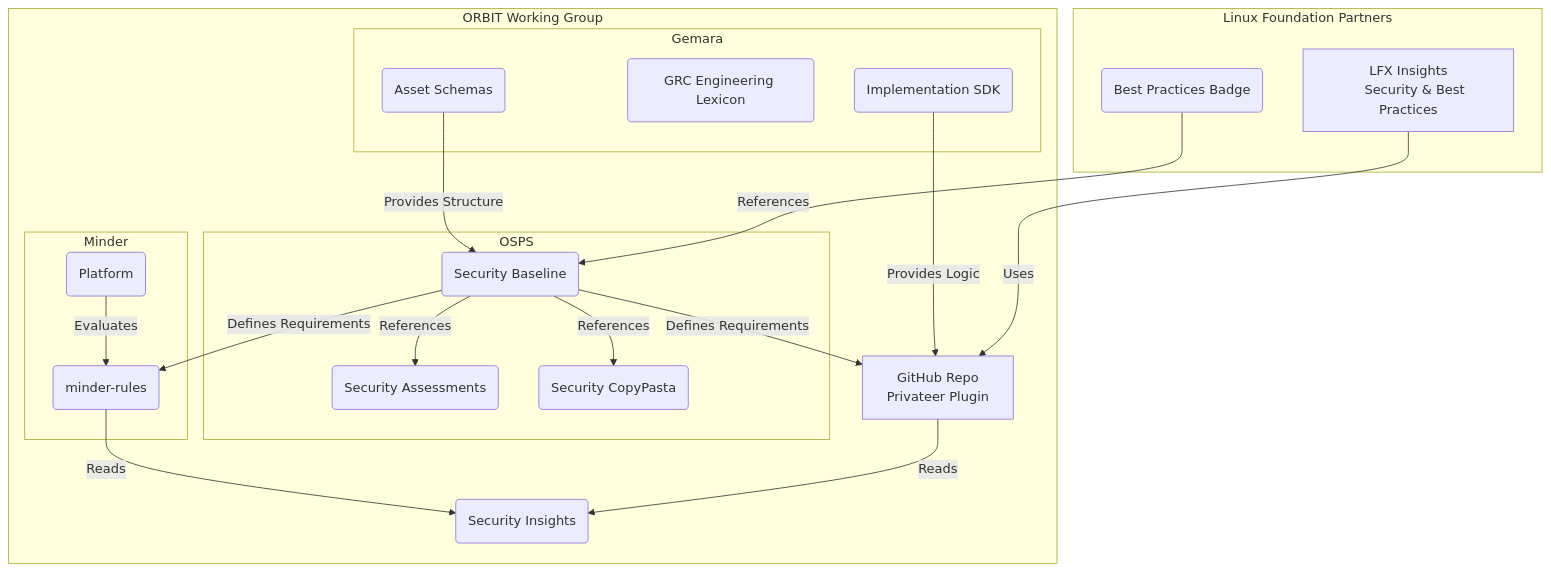
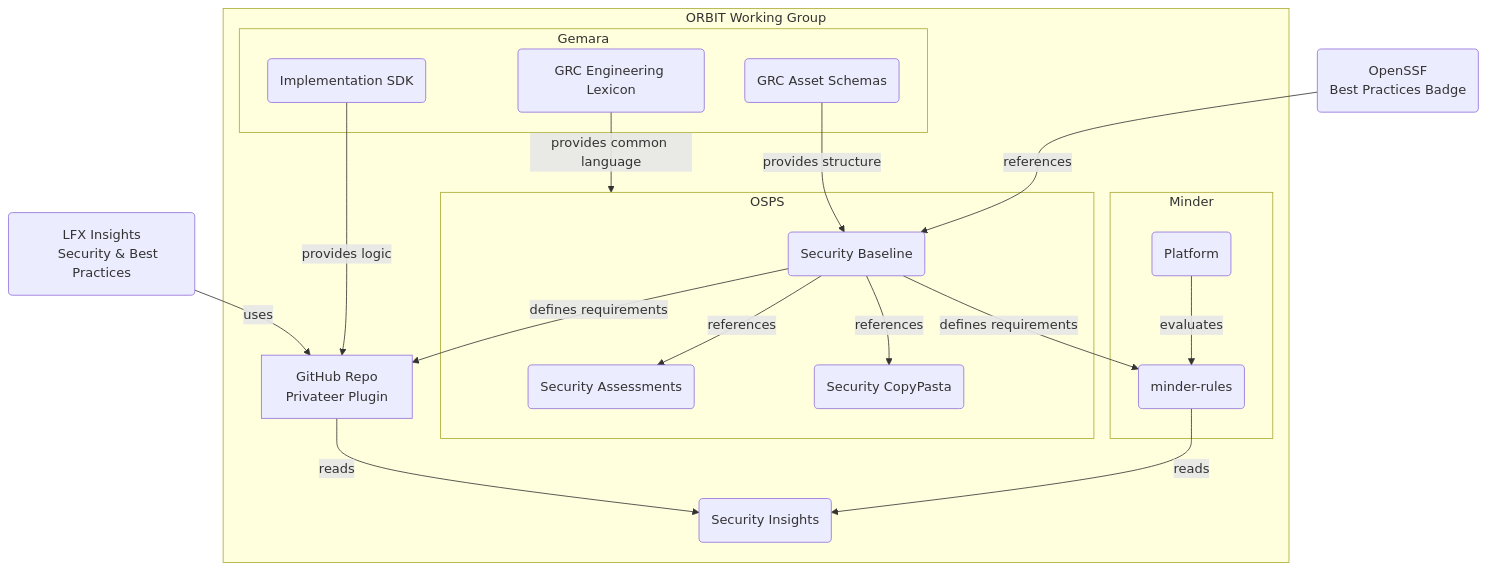
One commit to ossf/wg-orbit changed the diagram in README.md. Above: the diagram before and after it, drawn with Mermaid.

Commit message:
reorganized bits and bobs

````diff
--- a/README.md
+++ b/README.md
@@ -8,45 +8,53 @@
 ```mermaid
 flowchart TD
+
+    BPB(OpenSSF
+    Best Practices Badge)
+    LFXInsights(LFX Insights
+    Security & Best Practices)
+
     subgraph ORBIT Working Group
-    subgraph OSPS
-        Assessments(Security Assessments)
-        CopyPasta(Security CopyPasta)
-        Baseline(Security Baseline)
-        click Baseline "https://github.com/ossf/security-baseline?tab=readme-ov-file#readme"
-        Baseline --> | References | Assessments & CopyPasta
-    end
-    subgraph Gemara
-        GemaraSDK(Implementation SDK)
-        Lexicon(GRC Engineering Lexicon)
-        click GemaraSDK "https://github.com/ossf/gemara"
-        GemaraSchema(Asset Schemas)
-    end
-    SecurityInsights(Security Insights)
-    click SecurityInsights "https://github.com/ossf/security-insights?tab=readme-ov-file#readme"
-    subgraph Minder
-    MinderPlatform(Platform)
-    click MinderPlatform "https://github.com/mindersec/minder?tab=readme-ov-file#readme"
-    MinderPlatform -->|Evaluates| minder-rules(minder-rules)
-    click minder-rules "https://github.com/mindersec/minder-rules-and-profiles?tab=readme-ov-file#readme"
-    end
 
-    minder-rules -->|Reads| SecurityInsights
-    click Assessments "https://github.com/ossf/security-assessments?tab=readme-ov-file#readme"
-    GemaraSchema -->| Provides Structure| Baseline
-    pvtr[GitHub Repo
-    Privateer Plugin]
-    click pvtr "https://github.com/revanite-io/pvtr-github-repo?tab=readme-ov-file#readme"
-    pvtr -->|Reads | SecurityInsights
+        subgraph OSPS
+            Assessments(Security Assessments)
+            CopyPasta(Security CopyPasta)
+            Baseline(Security Baseline)
+        end
+
+        subgraph Gemara
+            GemaraSDK(Implementation SDK)
+            Lexicon(GRC Engineering Lexicon)
+            GemaraSchema(GRC Asset Schemas)
+        end
+
+        SecurityInsights(Security Insights)
+        subgraph Minder
+        MinderPlatform(Platform)
+        minder-rules(minder-rules)
+        end
+
+        pvtr[GitHub Repo
+        Privateer Plugin]
+        click pvtr "https://github.com/revanite-io/pvtr-github-repo?tab=readme-ov-file#readme"
 
     end
 
-    subgraph Linux Foundation Partners
-    BPB(Best Practices Badge) -->| References | Baseline
-    GemaraSDK -->|Provides Logic |pvtr
-    LFXInsights[LFX Insights
-    Security & Best Practices] -->|Uses |pvtr
+    BPB -->| references | Baseline
+    Baseline --> | references | Assessments & CopyPasta
+    MinderPlatform -->|evaluates| minder-rules
+    minder-rules -->|reads| SecurityInsights
+    GemaraSchema -->| provides structure| Baseline
+    pvtr -->|reads | SecurityInsights
+    GemaraSDK -->|provides logic |pvtr
+    LFXInsights -->|uses |pvtr
+    Baseline -->| defines requirements | pvtr & minder-rules
+    Lexicon -->| provides common language | OSPS
+
     click LFXInsights "https://insights.linuxfoundation.org/"
-    end
-
-    Baseline -->| Defines Requirements | pvtr & minder-rules
+    click Assessments "https://github.com/ossf/security-assessments?tab=readme-ov-file#readme"
+    click Baseline "https://github.com/ossf/security-baseline?tab=readme-ov-file#readme"
+    click GemaraSDK "https://github.com/ossf/gemara"
+    click SecurityInsights "https://github.com/ossf/security-insights?tab=readme-ov-file#readme"
+    click MinderPlatform "https://github.com/mindersec/minder?tab=readme-ov-file#readme"
+    click minder-rules "https://github.com/mindersec/minder-rules-and-profiles?tab=readme-ov-file#readme"
 ```
````
